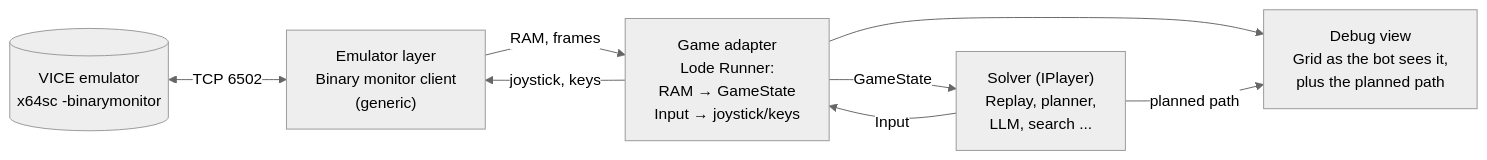
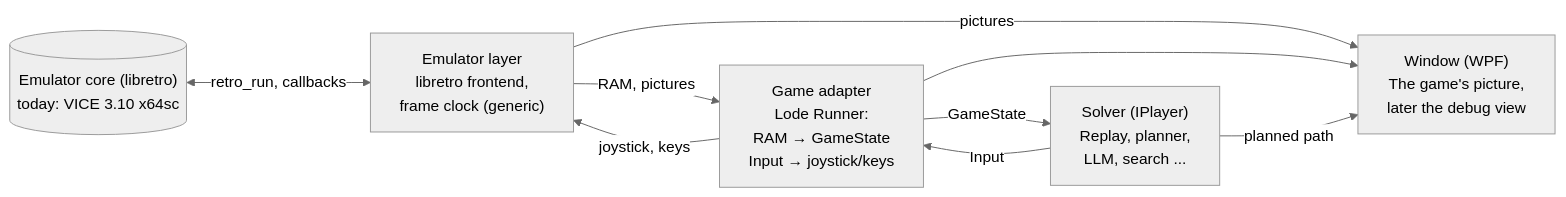
One commit to ColanderLepus/c64bot changed the diagram in docs/PLAN.md. Above: the diagram before and after it, drawn with Mermaid (neutral theme). The commit also changed other lines of this file and 20 other files, not shown here.

First line of the commit message:
Record the move to the libretro core

````diff
--- a/docs/PLAN.md
+++ b/docs/PLAN.md
@@ -40,16 +42,17 @@
 ```mermaid
 flowchart LR
-    VICE[("VICE emulator<br/>x64sc -binarymonitor")]
-    EMU["Emulator layer<br/>Binary monitor client<br/>(generic)"]
+    CORE[("Emulator core (libretro)<br/>today: VICE 3.10 x64sc")]
+    EMU["Emulator layer<br/>libretro frontend,<br/>frame clock (generic)"]
     GAME["Game adapter<br/>Lode Runner:<br/>RAM → GameState<br/>Input → joystick/keys"]
     SOLVER["Solver (IPlayer)<br/>Replay, planner,<br/>LLM, search ..."]
-    DEBUG["Debug view<br/>Grid as the bot sees it,<br/>plus the planned path"]
+    WINDOW["Window (WPF)<br/>The game's picture,<br/>later the debug view"]
 
-    VICE <-->|"TCP 6502"| EMU
-    EMU -->|"RAM, frames"| GAME
+    CORE <-->|"retro_run, callbacks"| EMU
+    EMU -->|"RAM, pictures"| GAME
     GAME -->|"GameState"| SOLVER
     SOLVER -->|"Input"| GAME
     GAME -->|"joystick, keys"| EMU
-    GAME --> DEBUG
-    SOLVER -->|"planned path"| DEBUG
+    EMU -->|"pictures"| WINDOW
+    GAME --> WINDOW
+    SOLVER -->|"planned path"| WINDOW
 ```
````
